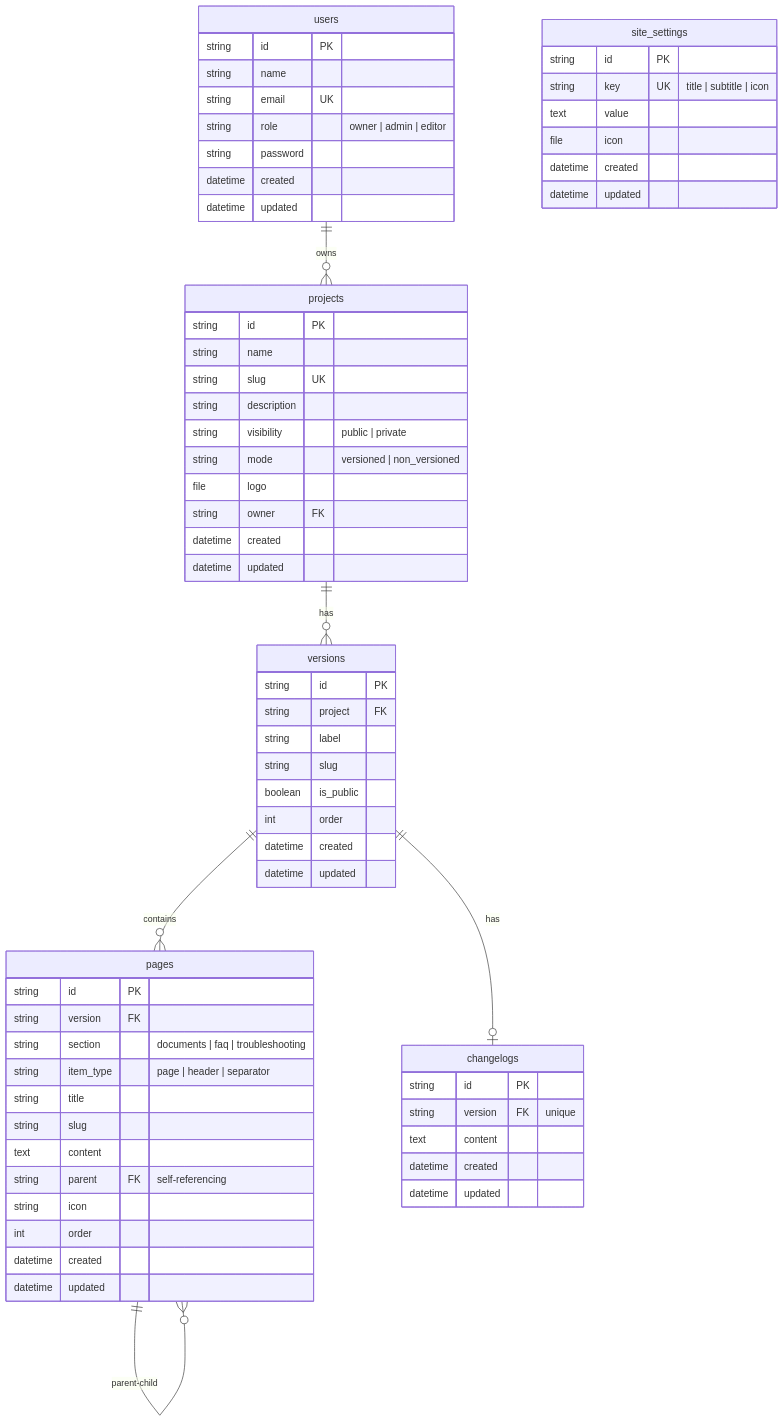
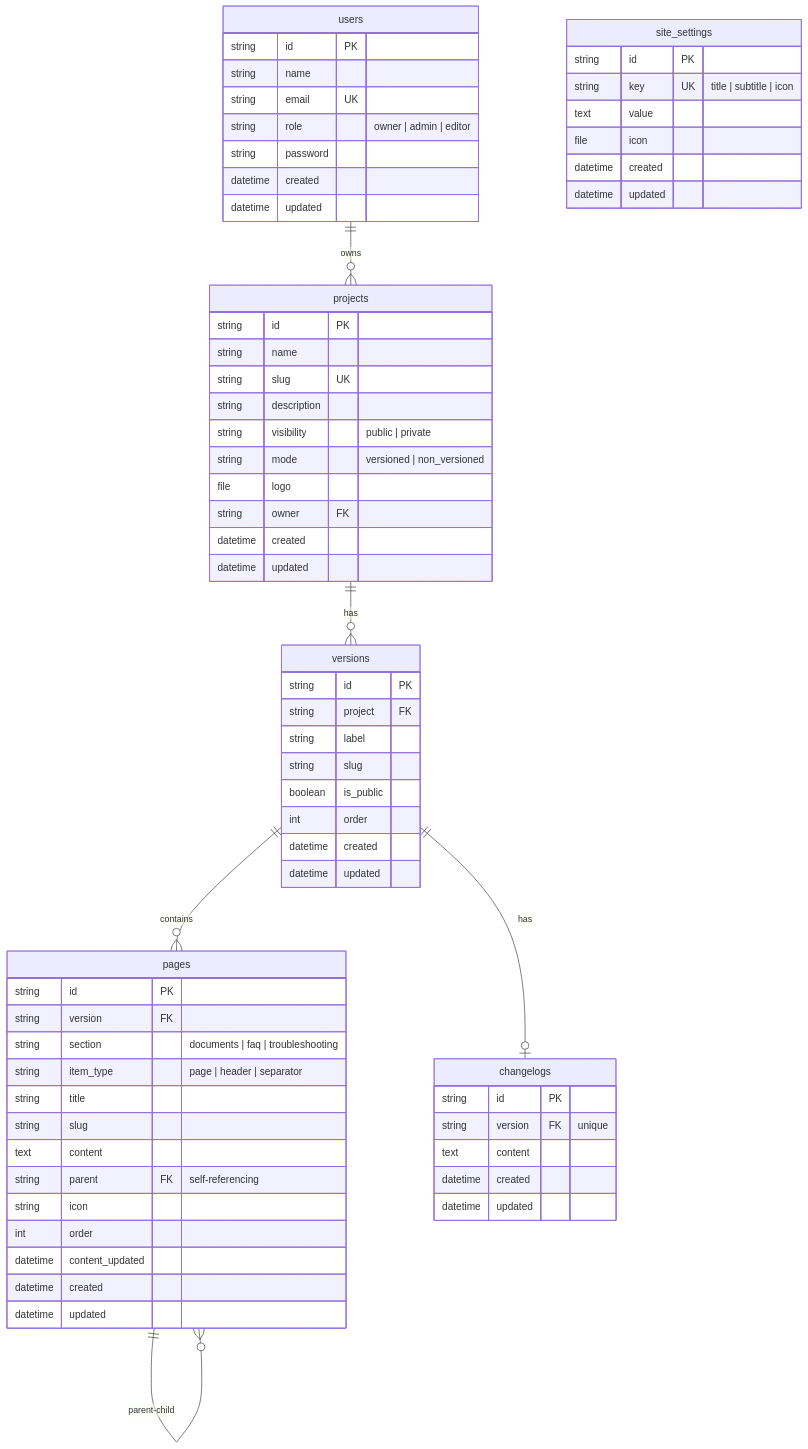
One commit to devAlphaSystem/Alpha-System-PocketDocs changed the third of 5 diagrams in docs/architecture.md. Above: the diagram before and after it, drawn with Mermaid. The commit also changed 8 other files, not shown here.

````diff
--- a/docs/architecture.md
+++ b/docs/architecture.md
@@ -110,74 +110,75 @@
 ```mermaid
 erDiagram
     users {
         string id PK
         string name
         string email UK
         string role "owner | admin | editor"
         string password
         datetime created
         datetime updated
     }
 
     projects {
         string id PK
         string name
         string slug UK
         string description
         string visibility "public | private"
         string mode "versioned | non_versioned"
         file logo
         string owner FK
         datetime created
         datetime updated
     }
 
     versions {
         string id PK
         string project FK
         string label
         string slug
         boolean is_public
         int order
         datetime created
         datetime updated
     }
 
     pages {
         string id PK
         string version FK
         string section "documents | faq | troubleshooting"
         string item_type "page | header | separator"
         string title
         string slug
         text content
         string parent FK "self-referencing"
         string icon
         int order
+        datetime content_updated
         datetime created
         datetime updated
     }
 
     changelogs {
         string id PK
         string version FK "unique"
         text content
         datetime created
         datetime updated
     }
 
     site_settings {
         string id PK
         string key UK "title | subtitle | icon"
         text value
         file icon
         datetime created
         datetime updated
     }
 
     users ||--o{ projects : "owns"
     projects ||--o{ versions : "has"
     versions ||--o{ pages : "contains"
     versions ||--o| changelogs : "has"
     pages ||--o{ pages : "parent-child"
 ```
````
